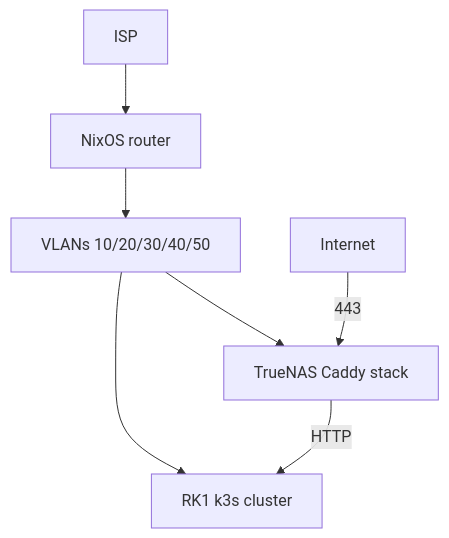
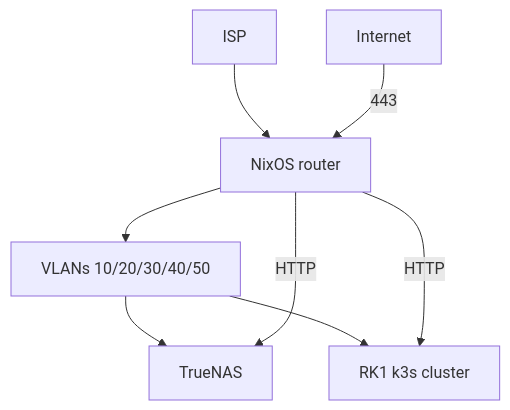
One commit to sknutsen/network changed the diagram in docs/plan.md. Above: the diagram before and after it, drawn with Mermaid. The commit also changed other lines of this file and 13 other files, not shown here.

````diff
--- a/docs/plan.md
+++ b/docs/plan.md
@@ -41,9 +42,10 @@
 ```mermaid
 flowchart TB
   ISP[ISP] --> Router[NixOS router]
   Router --> VLANs[VLANs 10/20/30/40/50]
-  VLANs --> TrueNAS[TrueNAS Caddy stack]
+  VLANs --> TrueNAS[TrueNAS]
   VLANs --> K8s[RK1 k3s cluster]
-  Internet -->|443| TrueNAS
-  TrueNAS -->|HTTP| K8s
+  Internet -->|443| Router
+  Router -->|HTTP| TrueNAS
+  Router -->|HTTP| K8s
 ```
````
